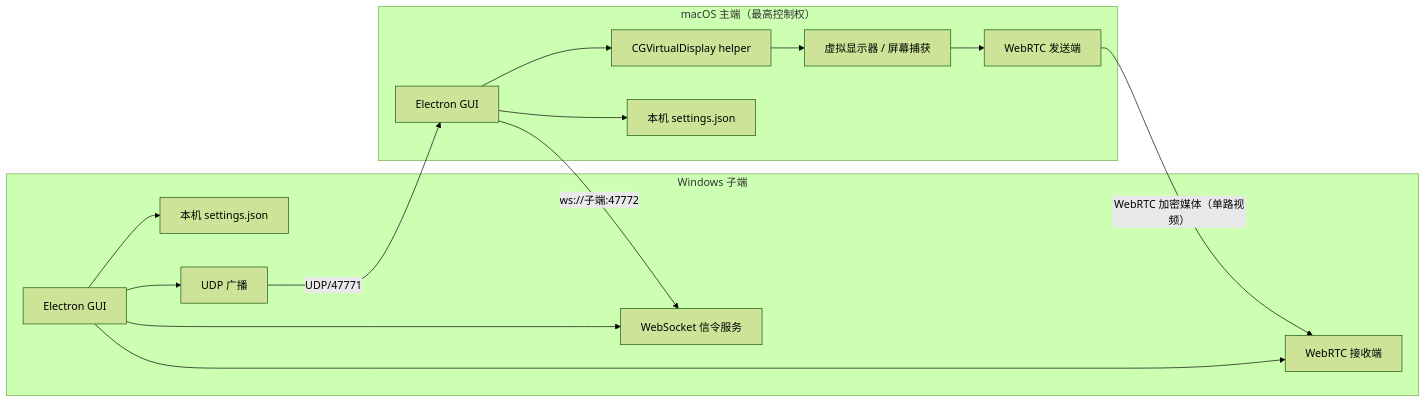
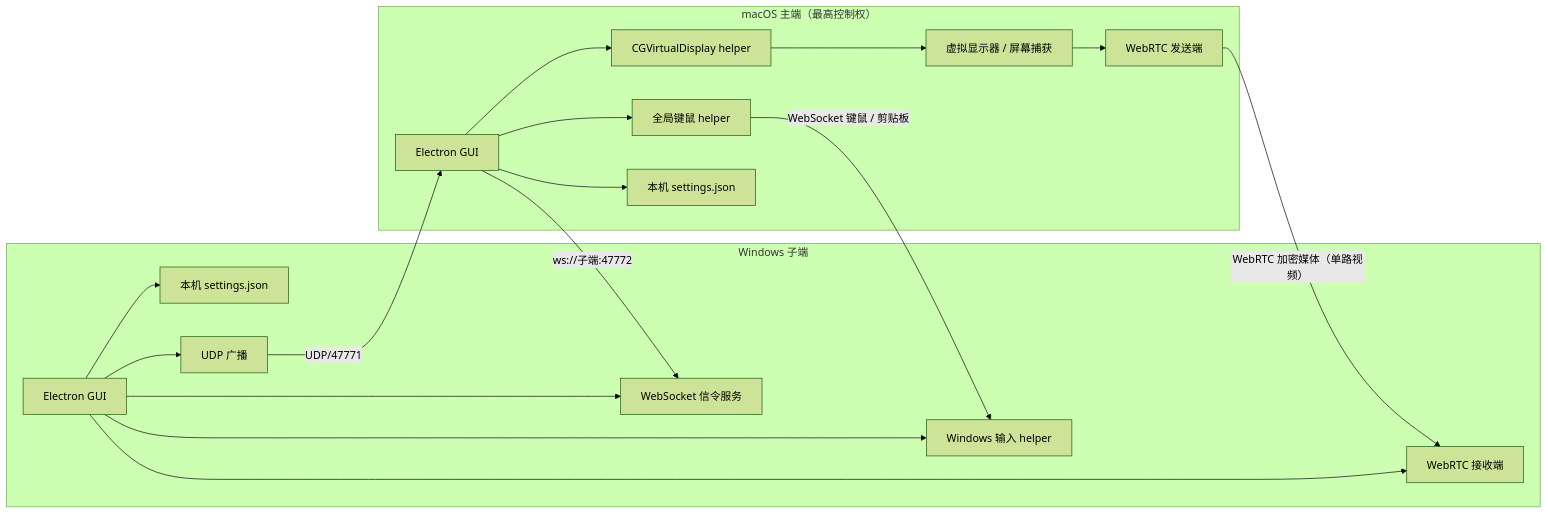
Before and after one commit to Modole/LanExtend: the diagram in README.md, drawn with Mermaid (forest theme). The commit also changed other lines of this file and 30 other files, not shown here.

````diff
--- a/README.md
+++ b/README.md
@@ -83,18 +98,21 @@
 ```mermaid
 flowchart LR
   subgraph H["macOS 主端（最高控制权）"]
     GUIH["Electron GUI"] --> VD["CGVirtualDisplay helper"]
+    GUIH --> IH["全局键鼠 helper"]
     VD --> CAP["虚拟显示器 / 屏幕捕获"]
     GUIH --> MEMH["本机 settings.json"]
     CAP --> RTC1["WebRTC 发送端"]
   end
   subgraph R["Windows 子端"]
     GUIR["Electron GUI"] --> RTCR["WebRTC 接收端"]
+    GUIR --> IW["Windows 输入 helper"]
     GUIR --> MEMR["本机 settings.json"]
     GUIR --> ADV["UDP 广播"]
     GUIR --> SIG["WebSocket 信令服务"]
   end
   ADV -- "UDP/47771" --> GUIH
   GUIH -- "ws://子端:47772" --> SIG
   RTC1 -- "WebRTC 加密媒体（单路视频）" --> RTCR
+  IH -- "WebSocket 键鼠 / 剪贴板" --> IW
 ```
````
